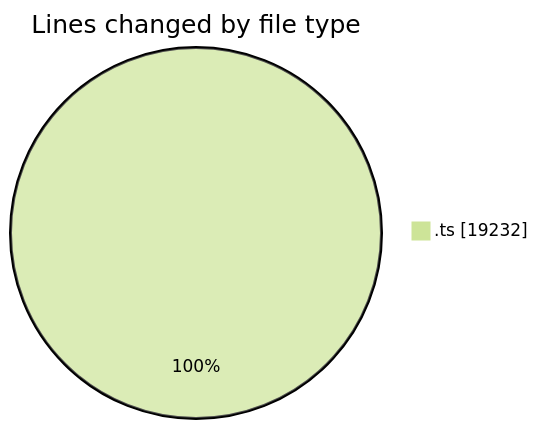
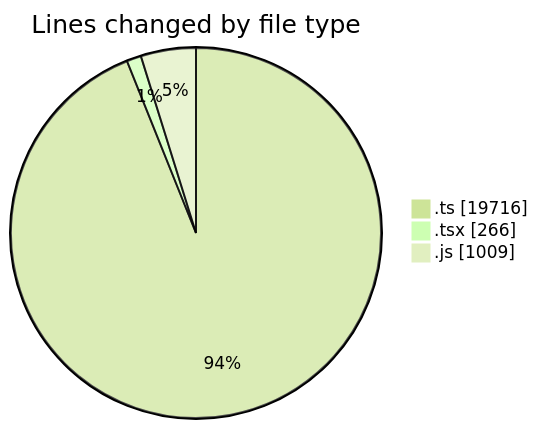
The first of 2 diagrams in 2026-09-18/cda/README.md (momahboobian/code-tracking), drawn with Mermaid (forest theme) before and after one commit. The commit also changed other lines of this file and 1 other file, not shown here.

````diff
--- a/2026-09-18/cda/README.md
+++ b/2026-09-18/cda/README.md
@@ -21,5 +28,7 @@
 ```mermaid
 pie showData
 title Lines changed by file type
-".ts" : 19232
+".ts" : 19716
+".tsx" : 266
+".js" : 1009
 ```
````
